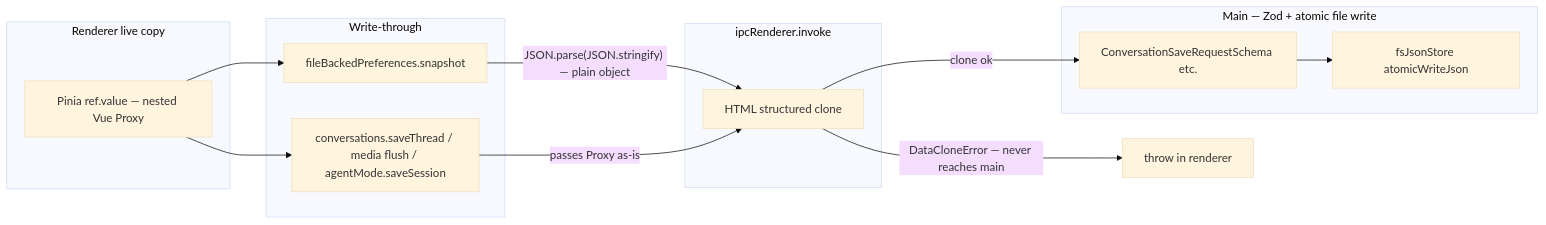
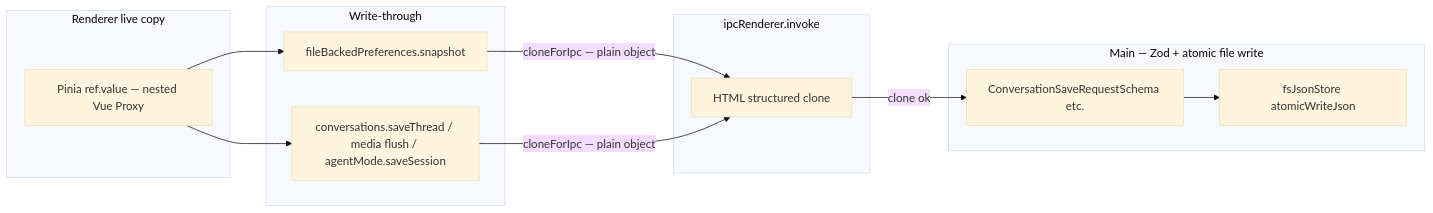
Before and after one commit to TNG/AI-Playground: the second of 7 diagrams in docs/architecture-as-landed.md, drawn with Mermaid (base theme). The commit also changed other lines of this file and 1 other file, not shown here.

````diff
--- a/docs/architecture-as-landed.md
+++ b/docs/architecture-as-landed.md
@@ -100,28 +102,27 @@
 ```mermaid
 flowchart LR
   subgraph live["Renderer live copy"]
     ref["Pinia ref.value — nested Vue Proxy"]
   end
 
   subgraph helpers["Write-through"]
     snap["fileBackedPreferences.snapshot"]
     save["conversations.saveThread / media flush / agentMode.saveSession"]
   end
 
   subgraph ipcBound["ipcRenderer.invoke"]
     sc["HTML structured clone"]
   end
 
   subgraph mainW["Main — Zod + atomic file write"]
     zod["ConversationSaveRequestSchema etc."]
     fs["fsJsonStore atomicWriteJson"]
   end
 
   ref --> snap
   ref --> save
-  snap -->|"JSON.parse(JSON.stringify) — plain object"| sc
-  save -->|"passes Proxy as-is"| sc
+  snap -->|"cloneForIpc — plain object"| sc
+  save -->|"cloneForIpc — plain object"| sc
   sc -->|"clone ok"| zod
-  sc -->|"DataCloneError — never reaches main"| fail["throw in renderer"]
   zod --> fs
 ```
````
